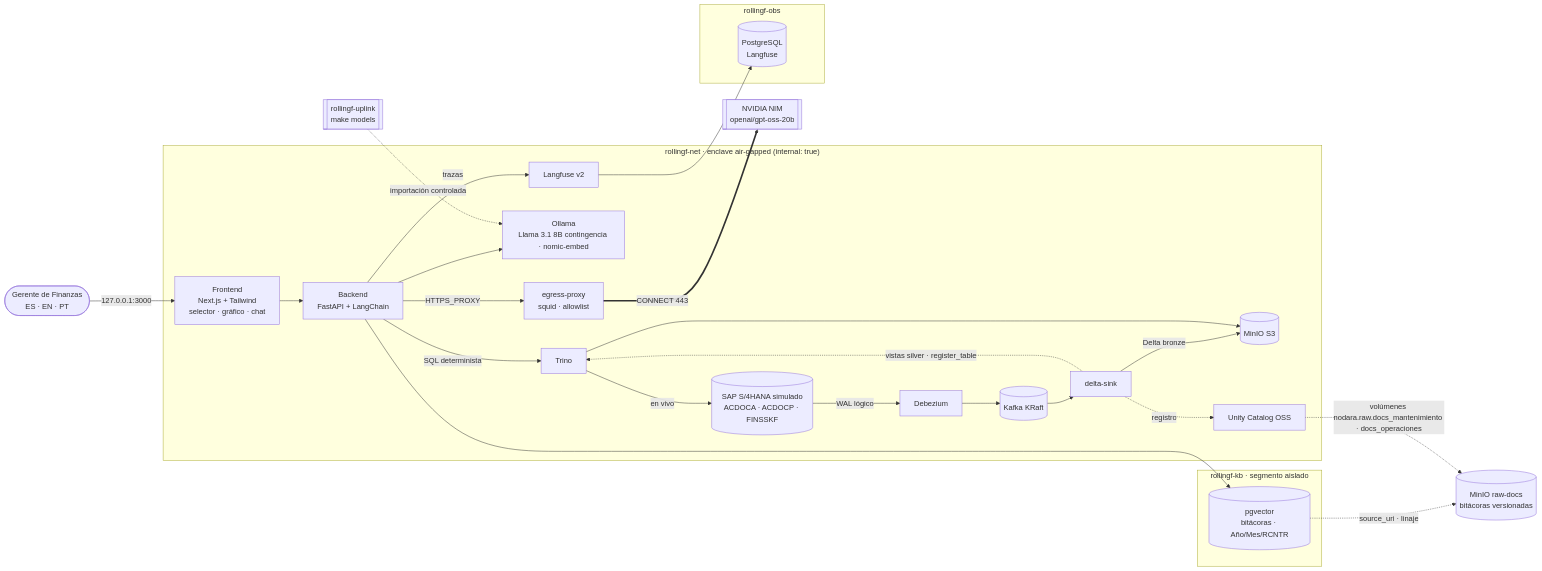
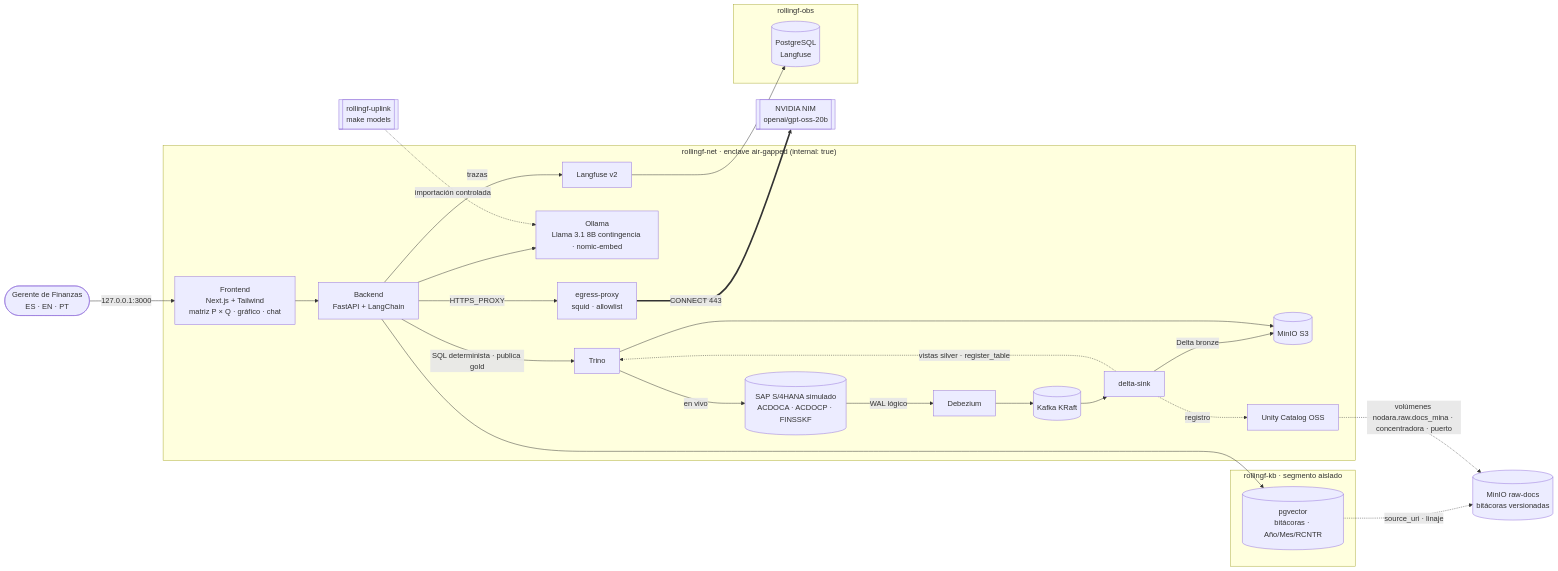
Before and after one commit to LTVitoto/nodara-rollingf: the diagram in README.md, drawn with Mermaid. The commit also changed other lines of this file and 30 other files, not shown here.

````diff
--- a/README.md
+++ b/README.md
@@ -79,33 +98,33 @@
 ```mermaid
 flowchart LR
   GF([Gerente de Finanzas<br/>ES · EN · PT]) -->|127.0.0.1:3000| FE
 
   subgraph ENCLAVE["rollingf-net · enclave air-gapped (internal: true)"]
-    FE[Frontend<br/>Next.js + Tailwind<br/>selector · gráfico · chat] --> BE[Backend<br/>FastAPI + LangChain]
-    BE -->|SQL determinista| TR[Trino]
+    FE[Frontend<br/>Next.js + Tailwind<br/>matriz P × Q · gráfico · chat] --> BE[Backend<br/>FastAPI + LangChain]
+    BE -->|SQL determinista · publica gold| TR[Trino]
     BE --> OL["Ollama<br/>Llama 3.1 8B contingencia · nomic-embed"]
     BE -->|trazas| LF[Langfuse v2]
     BE -->|HTTPS_PROXY| EP[egress-proxy<br/>squid · allowlist]
     S4[(SAP S/4HANA simulado<br/>ACDOCA · ACDOCP · FINSSKF)] -->|WAL lógico| DBZ[Debezium]
     DBZ --> KF[(Kafka KRaft)] --> DS[delta-sink]
     DS -->|Delta bronze| MN[(MinIO S3)]
     DS -.->|vistas silver · register_table| TR
     DS -.->|registro| UC[Unity Catalog OSS]
     TR --> MN
     TR -->|en vivo| S4
   end
 
   subgraph KB["rollingf-kb · segmento aislado"]
     VDB[(pgvector<br/>bitácoras · Año/Mes/RCNTR)]
   end
   subgraph OBS["rollingf-obs"]
     LFDB[(PostgreSQL<br/>Langfuse)]
   end
   LF --> LFDB
   BE --> VDB
   EP ==>|CONNECT 443| NIM[[NVIDIA NIM<br/>openai/gpt-oss-20b]]
   RAW[(MinIO raw-docs<br/>bitácoras versionadas)]
   VDB -.->|source_uri · linaje| RAW
-  UC -.->|volúmenes nodara.raw.docs_mantenimiento · docs_operaciones| RAW
+  UC -.->|volúmenes nodara.raw.docs_mina · concentradora · puerto| RAW
   UP[[rollingf-uplink<br/>make models]] -.->|importación controlada| OL
 ```
````
